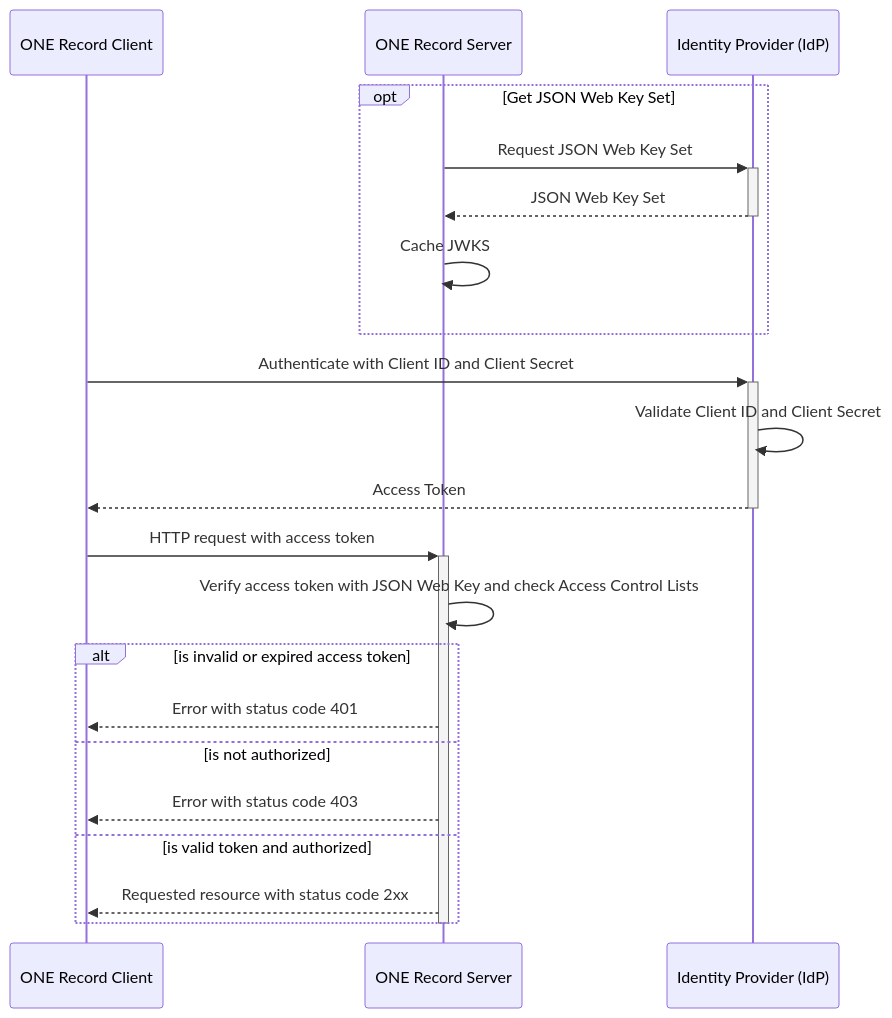
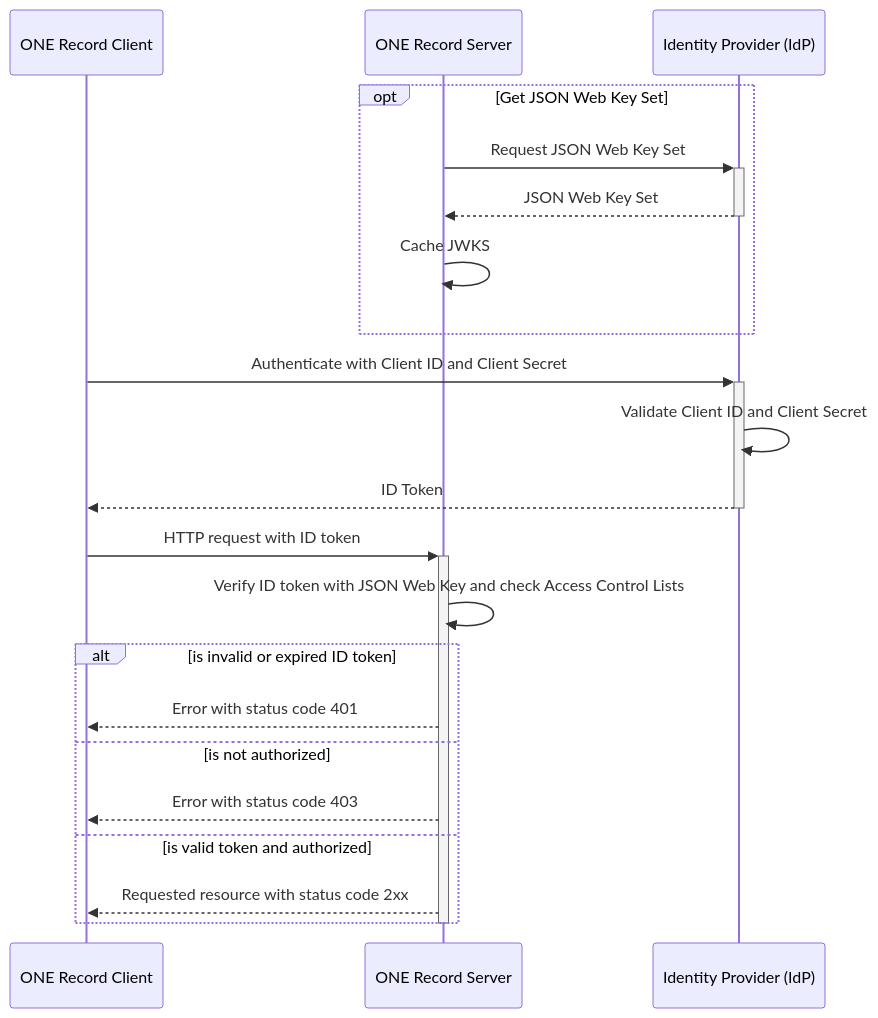
The second of 2 diagrams in working_draft/API/docs/security/authn-application-layer.md (ddoeppner/ONE-Record), drawn with Mermaid before and after one commit. The commit also changed other lines of this file and 7 other files, not shown here.

````diff
--- a/working_draft/API/docs/security/authn-application-layer.md
+++ b/working_draft/API/docs/security/authn-application-layer.md
@@ -220,27 +223,27 @@
 ```mermaid
 sequenceDiagram
     participant 1Rc as ONE Record Client
     participant 1Rs as ONE Record Server
     participant IdP as Identity Provider (IdP)
 
     opt Get JSON Web Key Set
         1Rs->>+IdP: Request JSON Web Key Set
         IdP-->>-1Rs: JSON Web Key Set
         1Rs->>1Rs: Cache JWKS
     end
     
     1Rc->>+IdP: Authenticate with Client ID and Client Secret    
     IdP->>IdP: Validate Client ID and Client Secret 
-    IdP-->>-1Rc: Access Token
+    IdP-->>-1Rc: ID Token
 
-    1Rc->>+1Rs: HTTP request with access token
-    1Rs->>1Rs: Verify access token with JSON Web Key and check Access Control Lists
-    alt is invalid or expired access token
+    1Rc->>+1Rs: HTTP request with ID token
+    1Rs->>1Rs: Verify ID token with JSON Web Key and check Access Control Lists
+    alt is invalid or expired ID token
         1Rs-->>1Rc: Error with status code 401
     else is not authorized
         1Rs-->>1Rc: Error with status code 403
     else is valid token and authorized
         1Rs-->>1Rc: Requested resource with status code 2xx
     end
     deactivate 1Rs
 ```
````
